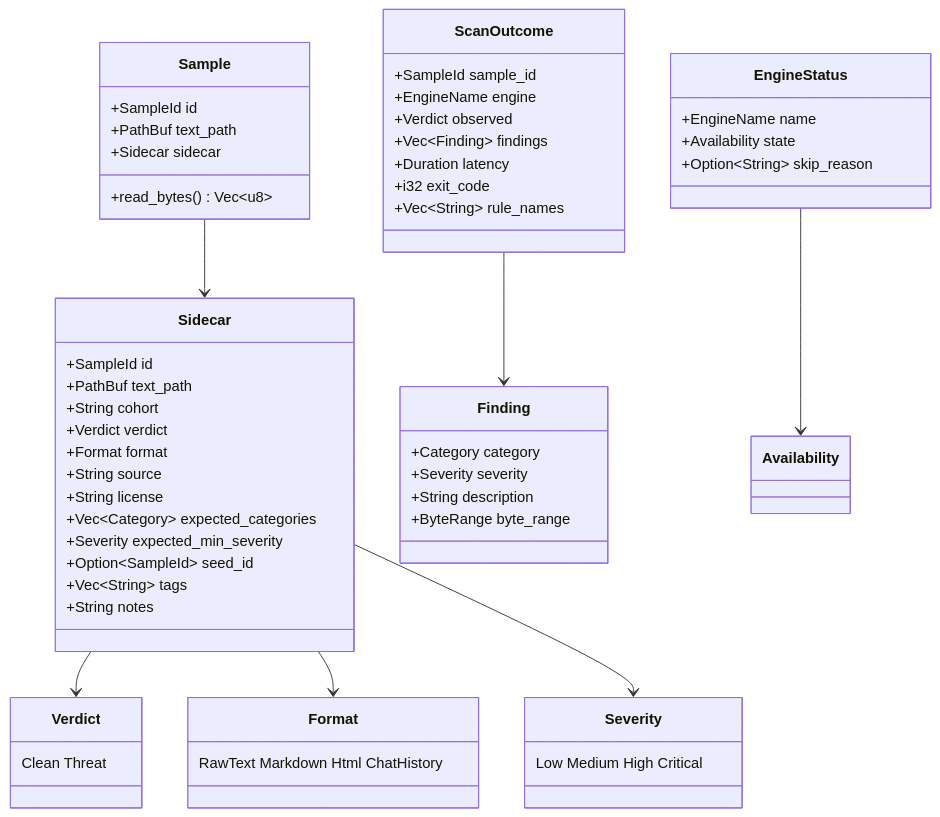
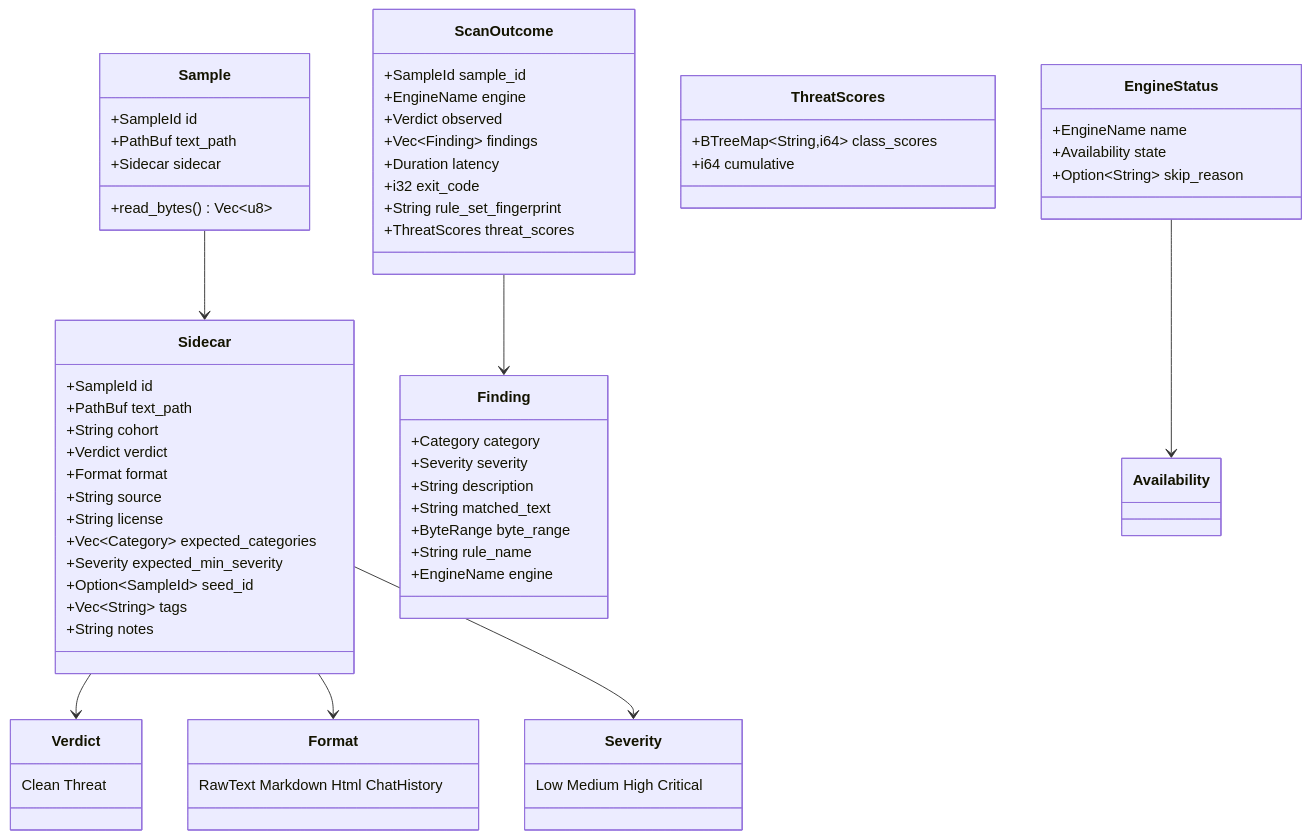
Before and after one commit to gatewaynode/shield-harness: the fifth of 8 diagrams in ARCHITECTURE.md, drawn with Mermaid. The commit also changed other lines of this file and 12 other files, not shown here.

````diff
--- a/ARCHITECTURE.md
+++ b/ARCHITECTURE.md
@@ -211,54 +210,62 @@
 ```mermaid
 classDiagram
     class Sample {
         +SampleId id
         +PathBuf text_path
         +Sidecar sidecar
         +read_bytes() Vec~u8~
     }
     class Sidecar {
         +SampleId id
         +PathBuf text_path
         +String cohort
         +Verdict verdict
         +Format format
         +String source
         +String license
         +Vec~Category~ expected_categories
         +Severity expected_min_severity
         +Option~SampleId~ seed_id
         +Vec~String~ tags
         +String notes
     }
     class Verdict { Clean Threat }
     class Format { RawText Markdown Html ChatHistory }
     class Severity { Low Medium High Critical }
 
     class ScanOutcome {
         +SampleId sample_id
         +EngineName engine
         +Verdict observed
         +Vec~Finding~ findings
         +Duration latency
         +i32 exit_code
-        +Vec~String~ rule_names
+        +String rule_set_fingerprint
+        +ThreatScores threat_scores
     }
     class Finding {
         +Category category
         +Severity severity
         +String description
+        +String matched_text
         +ByteRange byte_range
+        +String rule_name
+        +EngineName engine
+    }
+    class ThreatScores {
+        +BTreeMap~String,i64~ class_scores
+        +i64 cumulative
     }
     class EngineStatus {
         +EngineName name
         +Availability state
         +Option~String~ skip_reason
     }
 
     Sample --> Sidecar
     Sidecar --> Verdict
     Sidecar --> Format
     Sidecar --> Severity
     ScanOutcome --> Finding
     EngineStatus --> Availability
 ```
````
